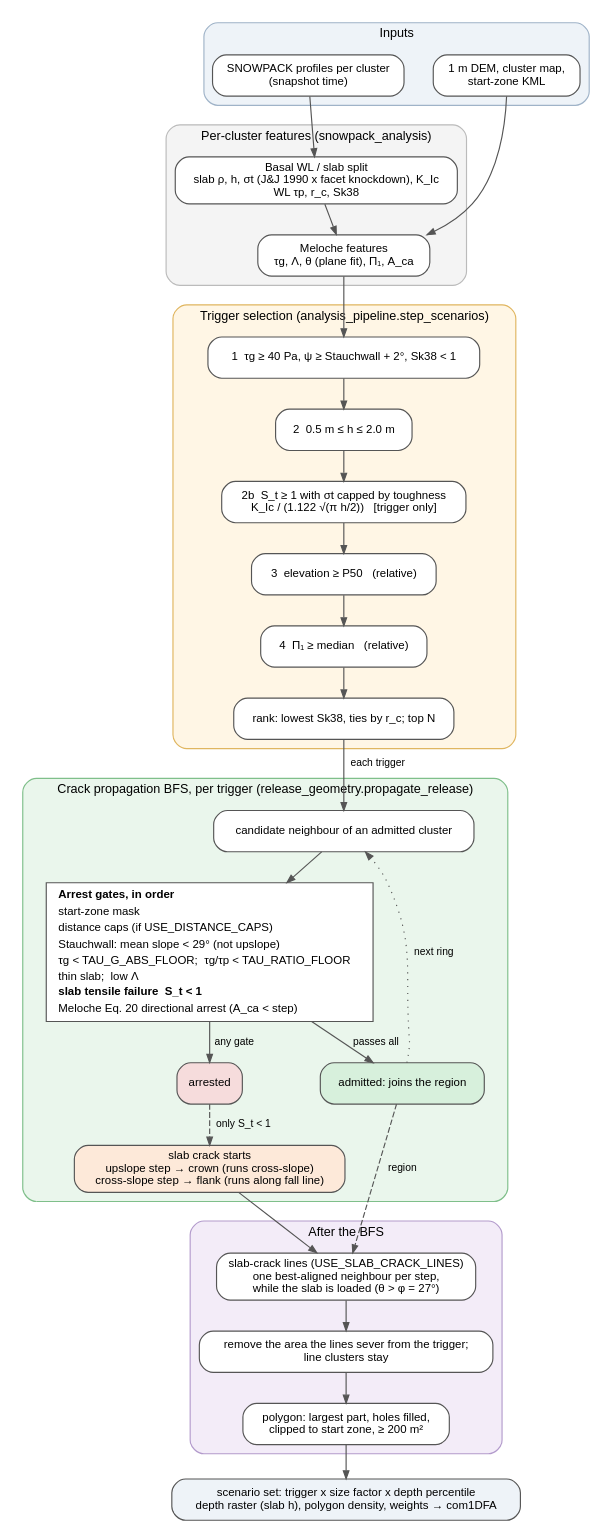
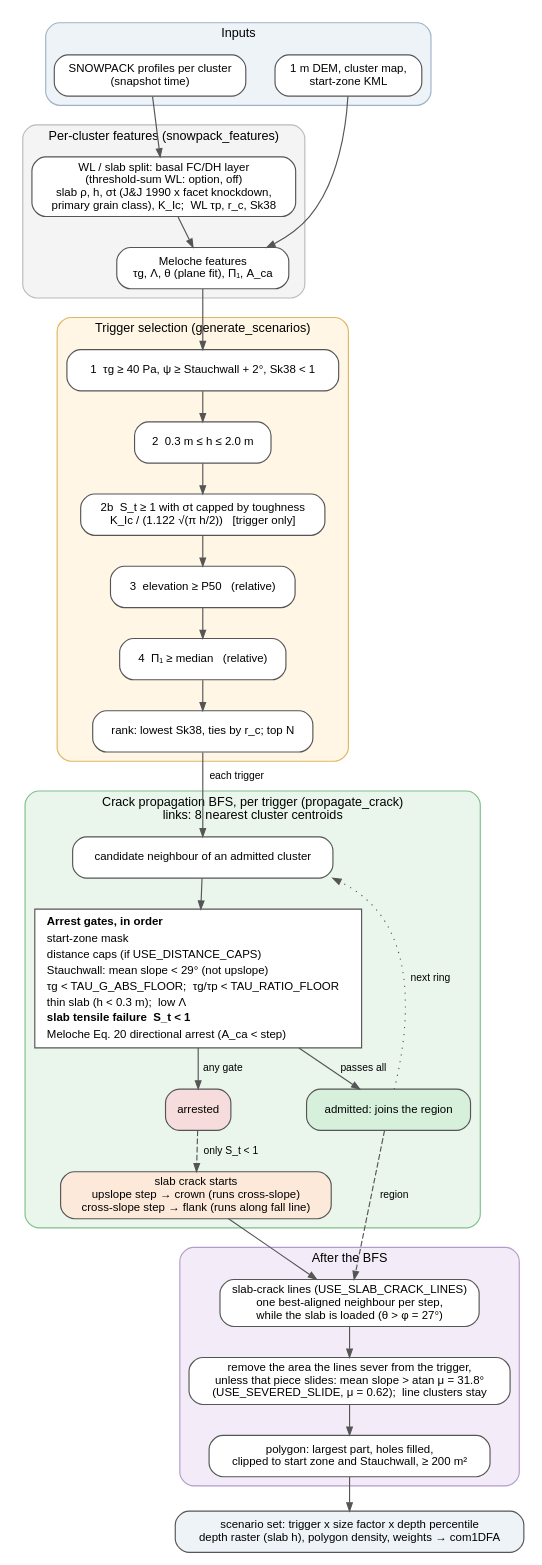
Before and after one commit to ronimos/avachain: the diagram in docs/assets/release_model_flow.dot, drawn with Graphviz. The commit also changed 5 other files, not shown here.

```diff
--- a/docs/assets/release_model_flow.dot
+++ b/docs/assets/release_model_flow.dot
@@ -1,72 +1,72 @@
-// Release-area model flow, avachain names (copy of ~/avalanche-release-areas docs/figures/release_model_flow.dot, 2026-11-10). Render:
-//   dot -Tpng -Gdpi=150 docs/assets/release_model_flow.dot -o docs/assets/release_model_flow.png
+// Release-area model flow (Ron, 2026-11-10; updated 2026-11-13). Render:
+//   dot -Tpng -Gdpi=150 docs/figures/release_model_flow.dot -o docs/figures/release_model_flow.png
 digraph release_model {
   graph [rankdir=TB, fontname="Helvetica", fontsize=11, nodesep=0.35, ranksep=0.35, newrank=true];
   node  [shape=box, style="rounded,filled", fillcolor="#ffffff", color="#555555", fontname="Helvetica", fontsize=10];
   edge  [color="#555555", arrowsize=0.7, fontname="Helvetica", fontsize=9];
 
   subgraph cluster_in {
     label="Inputs"; style="rounded,filled"; fillcolor="#eef3f8"; color="#9fb3c8";
     pro  [label="SNOWPACK profiles per cluster\n(snapshot time)"];
     dem  [label="1 m DEM, cluster map,\nstart-zone KML"];
     {rank=same; pro; dem;}
   }
 
   subgraph cluster_feat {
-    label="Per-cluster features (snowpack_analysis)"; style="rounded,filled"; fillcolor="#f4f4f4"; color="#bbbbbb";
-    feat [label="Basal WL / slab split\nslab ρ, h, σt (J&J 1990 x facet knockdown), K_Ic\nWL τp, r_c, Sk38"];
+    label="Per-cluster features (snowpack_features)"; style="rounded,filled"; fillcolor="#f4f4f4"; color="#bbbbbb";
+    feat [label="WL / slab split: basal FC/DH layer\n(threshold-sum WL: option, off)\nslab ρ, h, σt (J&J 1990 x facet knockdown,\nprimary grain class), K_Ic;  WL τp, r_c, Sk38"];
     mel  [label="Meloche features\nτg, Λ, θ (plane fit), Π₁, A_ca"];
     feat -> mel;
   }
   pro -> feat; dem -> mel;
 
   subgraph cluster_trig {
-    label="Trigger selection (analysis_pipeline.step_scenarios)"; style="rounded,filled"; fillcolor="#fff6e5"; color="#e0b660";
+    label="Trigger selection (generate_scenarios)"; style="rounded,filled"; fillcolor="#fff6e5"; color="#e0b660";
     t1 [label="1  τg ≥ 40 Pa, ψ ≥ Stauchwall + 2°, Sk38 < 1"];
-    t2 [label="2  0.5 m ≤ h ≤ 2.0 m"];
+    t2 [label="2  0.3 m ≤ h ≤ 2.0 m"];
     t2b[label="2b  S_t ≥ 1 with σt capped by toughness\nK_Ic / (1.122 √(π h/2))   [trigger only]"];
     t3 [label="3  elevation ≥ P50   (relative)"];
     t4 [label="4  Π₁ ≥ median   (relative)"];
     rk [label="rank: lowest Sk38, ties by r_c; top N"];
     t1 -> t2 -> t2b -> t3 -> t4 -> rk;
   }
   mel -> t1;
 
   subgraph cluster_bfs {
-    label="Crack propagation BFS, per trigger (release_geometry.propagate_release)"; style="rounded,filled"; fillcolor="#eaf6ec"; color="#7fbf8a";
+    label="Crack propagation BFS, per trigger (propagate_crack)\nlinks: 8 nearest cluster centroids"; style="rounded,filled"; fillcolor="#eaf6ec"; color="#7fbf8a";
     cand [label="candidate neighbour of an admitted cluster", fillcolor="#ffffff"];
     gates [shape=box, style="filled", fillcolor="#ffffff", label=<
       <TABLE BORDER="0" CELLBORDER="0" CELLSPACING="1" CELLPADDING="1">
       <TR><TD ALIGN="LEFT"><B>Arrest gates, in order</B></TD></TR>
       <TR><TD ALIGN="LEFT">start-zone mask</TD></TR>
       <TR><TD ALIGN="LEFT">distance caps (if USE_DISTANCE_CAPS)</TD></TR>
       <TR><TD ALIGN="LEFT">Stauchwall: mean slope &lt; 29° (not upslope)</TD></TR>
       <TR><TD ALIGN="LEFT">τg &lt; TAU_G_ABS_FLOOR;  τg/τp &lt; TAU_RATIO_FLOOR</TD></TR>
-      <TR><TD ALIGN="LEFT">thin slab;  low Λ</TD></TR>
+      <TR><TD ALIGN="LEFT">thin slab (h &lt; 0.3 m);  low Λ</TD></TR>
       <TR><TD ALIGN="LEFT"><B>slab tensile failure  S_t &lt; 1</B></TD></TR>
       <TR><TD ALIGN="LEFT">Meloche Eq. 20 directional arrest (A_ca &lt; step)</TD></TR>
       </TABLE>>];
     adm  [label="admitted: joins the region", fillcolor="#d7f0dc"];
     arr  [label="arrested", fillcolor="#f6dcdc"];
     crk  [label="slab crack starts\nupslope step → crown (runs cross-slope)\ncross-slope step → flank (runs along fall line)", fillcolor="#fde9d9"];
     cand -> gates;
     gates -> adm [label=" passes all"];
     gates -> arr [label=" any gate"];
     arr -> crk [label=" only S_t < 1", style=dashed];
     adm -> cand [label=" next ring", style=dotted];
   }
   rk -> cand [label=" each trigger"];
 
   subgraph cluster_post {
     label="After the BFS"; style="rounded,filled"; fillcolor="#f3ecf8"; color="#b39bcc";
     lines [label="slab-crack lines (USE_SLAB_CRACK_LINES)\none best-aligned neighbour per step,\nwhile the slab is loaded (θ > φ = 27°)"];
-    sever [label="remove the area the lines sever from the trigger;\nline clusters stay"];
-    poly  [label="polygon: largest part, holes filled,\nclipped to start zone, ≥ 200 m²"];
+    sever [label="remove the area the lines sever from the trigger,\nunless that piece slides: mean slope > atan μ = 31.8°\n(USE_SEVERED_SLIDE, μ = 0.62);  line clusters stay"];
+    poly  [label="polygon: largest part, holes filled,\nclipped to start zone and Stauchwall, ≥ 200 m²"];
     lines -> sever -> poly;
   }
   crk -> lines;
   adm -> lines [label=" region", style=dashed];
 
   out [label="scenario set: trigger x size factor x depth percentile\ndepth raster (slab h), polygon density, weights → com1DFA", fillcolor="#eef3f8"];
   poly -> out;
 }
```
